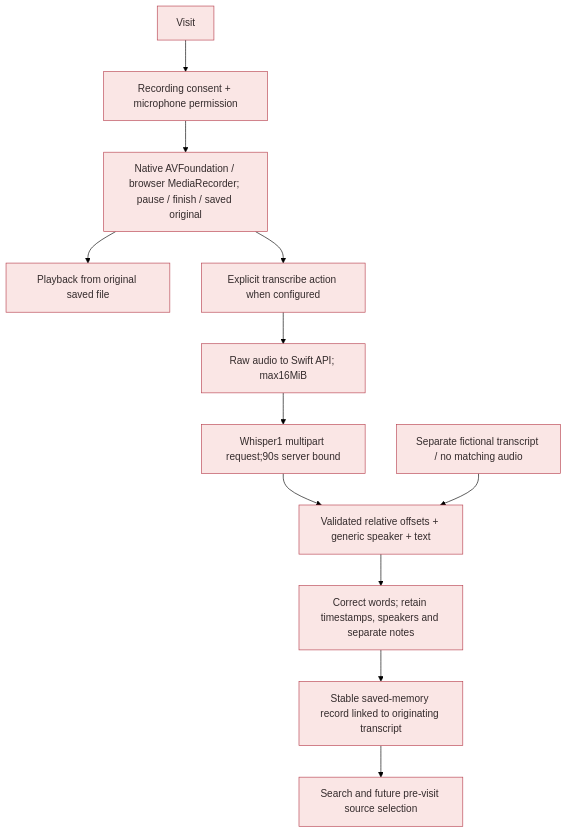
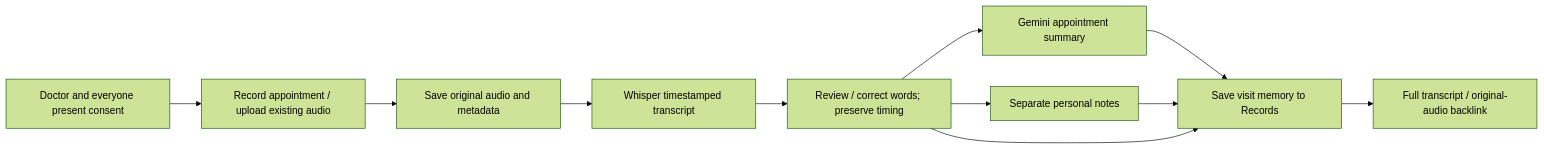
Before and after one commit to Siddiqui-R/2026_ricehackathon_medicine: the second of 3 diagrams in docs/architecture.md, drawn with Mermaid (forest theme). The commit also changed other lines of this file and 81 other files, not shown here.

Commit message:
Replace appointment calling with consented recording and summaries

````diff
--- a/docs/architecture.md
+++ b/docs/architecture.md
@@ -174,16 +39,13 @@
 ```mermaid
-flowchart TD
-    VISIT["Visit"] --> CONSENT["Recording consent + microphone permission"]
-    CONSENT --> AUDIO["Native AVFoundation / browser MediaRecorder; pause / finish / saved original"]
-    AUDIO --> PLAY["Playback from original saved file"]
-    AUDIO --> REQUEST["Explicit transcribe action when configured"]
-    REQUEST --> SERVER["Raw audio to Swift API; max16MiB"]
-    SERVER --> WHISPER["Whisper1 multipart request;90s server bound"]
-    WHISPER --> SEGMENTS["Validated relative offsets + generic speaker + text"]
-    SAMPLE["Separate fictional transcript / no matching audio"] --> SEGMENTS
-    SEGMENTS --> EDIT["Correct words; retain timestamps, speakers and separate notes"]
-    EDIT --> MEMORY["Stable saved-memory record linked to originating transcript"]
-    MEMORY --> FUTURE["Search and future pre-visit source selection"]
-    classDef reva fill:#FAE6E5,stroke:#B84250,color:#342B2C;
-    class VISIT,CONSENT,AUDIO,PLAY,REQUEST,SERVER,WHISPER,SEGMENTS,SAMPLE,EDIT,MEMORY,FUTURE reva;
+flowchart LR
+    CONSENT["Doctor and everyone present consent"] --> CAPTURE["Record appointment / upload existing audio"]
+    CAPTURE --> SAVE["Save original audio and metadata"]
+    SAVE --> TRANSCRIBE["Whisper timestamped transcript"]
+    TRANSCRIBE --> REVIEW["Review / correct words; preserve timing"]
+    REVIEW --> AI["Gemini appointment summary"]
+    REVIEW --> NOTES["Separate personal notes"]
+    AI --> MEMORY["Save visit memory to Records"]
+    NOTES --> MEMORY
+    REVIEW --> MEMORY
+    MEMORY --> SOURCE["Full transcript / original-audio backlink"]
 ```
````
